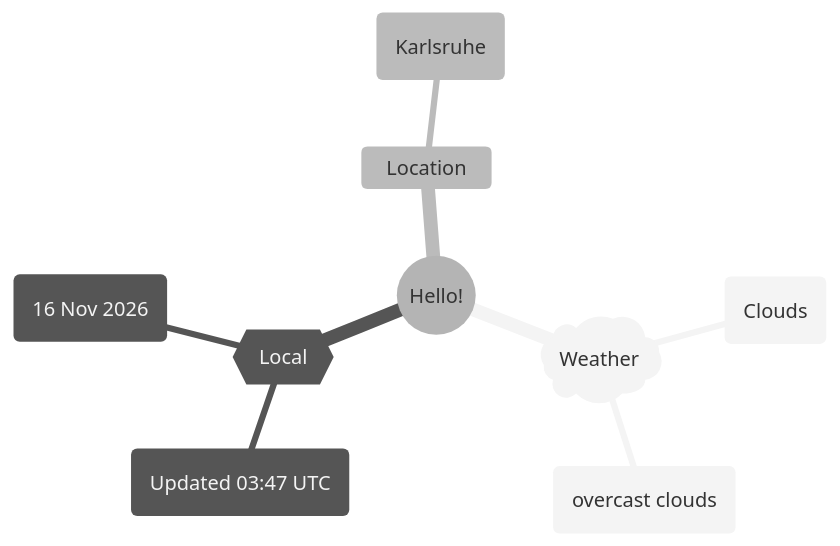
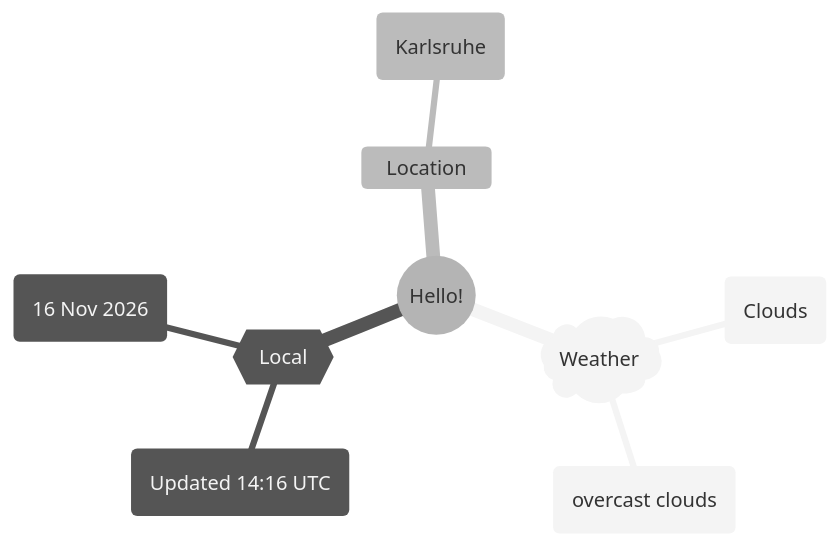
The first of 2 diagrams in README.md (Xosrov/Xosrov), drawn with Mermaid (neutral theme) before and after one commit.

Commit message:
[bot] updated images

````diff
--- a/README.md
+++ b/README.md
@@ -3,12 +3,12 @@
 ```mermaid
 mindmap
   root((Hello!))
     )Weather(
         (Clouds)
         (overcast clouds)
     {{Local}}
-        (Updated 03:47 UTC)
+        (Updated 14:16 UTC)
         (16 Nov 2026)
     Location
         (Karlsruhe)
 ```
````
